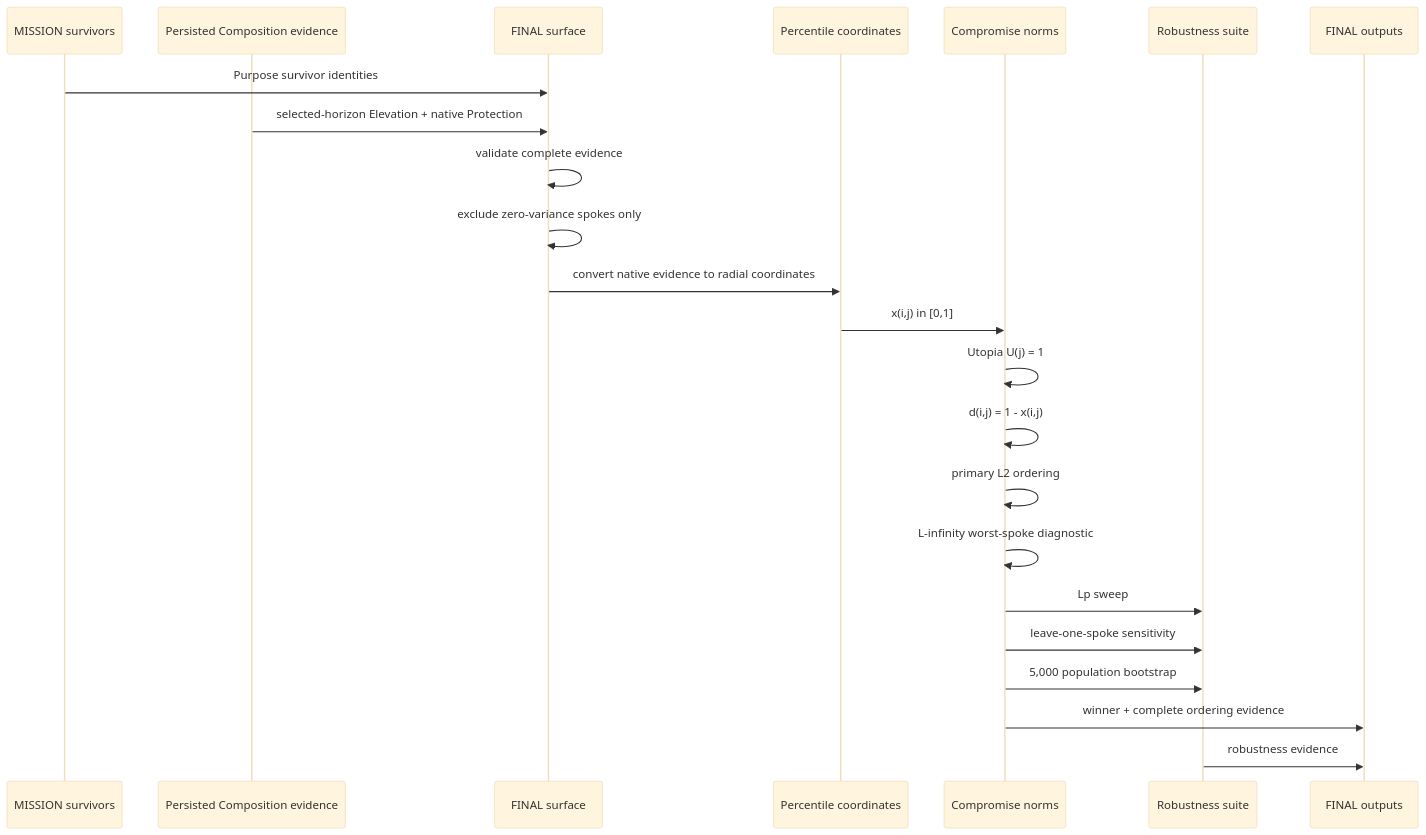
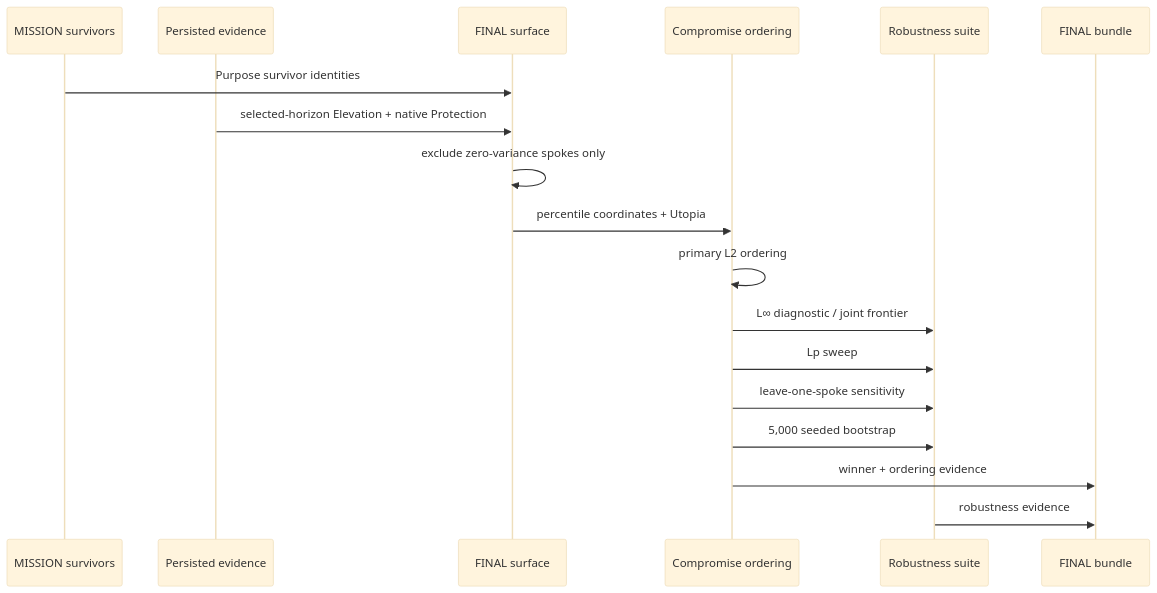
Before and after one commit to rrajeshkannan/lakshya: the ninth of 13 diagrams in docs/Lakshya_Pipeline_Sequence.md, drawn with Mermaid (base theme). The commit also changed other lines of this file, not shown here.

Commit message:
DOCS: extend pipeline sequence through transition boundary

````diff
--- a/docs/Lakshya_Pipeline_Sequence.md
+++ b/docs/Lakshya_Pipeline_Sequence.md
@@ -356,26 +284,21 @@
 ```mermaid
 sequenceDiagram
     participant Mission as MISSION survivors
-    participant Evidence as Persisted Composition evidence
+    participant Evidence as Persisted evidence
     participant Surface as FINAL surface
-    participant Coordinates as Percentile coordinates
-    participant Norms as Compromise norms
+    participant Norm as Compromise ordering
     participant Robust as Robustness suite
-    participant Output as FINAL outputs
+    participant Output as FINAL bundle
 
     Mission->>Surface: Purpose survivor identities
     Evidence->>Surface: selected-horizon Elevation + native Protection
-    Surface->>Surface: validate complete evidence
     Surface->>Surface: exclude zero-variance spokes only
-    Surface->>Coordinates: convert native evidence to radial coordinates
-    Coordinates->>Norms: x(i,j) in [0,1]
-    Norms->>Norms: Utopia U(j) = 1
-    Norms->>Norms: d(i,j) = 1 - x(i,j)
-    Norms->>Norms: primary L2 ordering
-    Norms->>Norms: L-infinity worst-spoke diagnostic
-    Norms->>Robust: Lp sweep
-    Norms->>Robust: leave-one-spoke sensitivity
-    Norms->>Robust: 5,000 population bootstrap
-    Norms->>Output: winner + complete ordering evidence
+    Surface->>Norm: percentile coordinates + Utopia
+    Norm->>Norm: primary L2 ordering
+    Norm->>Robust: L∞ diagnostic / joint frontier
+    Norm->>Robust: Lp sweep
+    Norm->>Robust: leave-one-spoke sensitivity
+    Norm->>Robust: 5,000 seeded bootstrap
+    Norm->>Output: winner + ordering evidence
     Robust->>Output: robustness evidence
 ```
````
